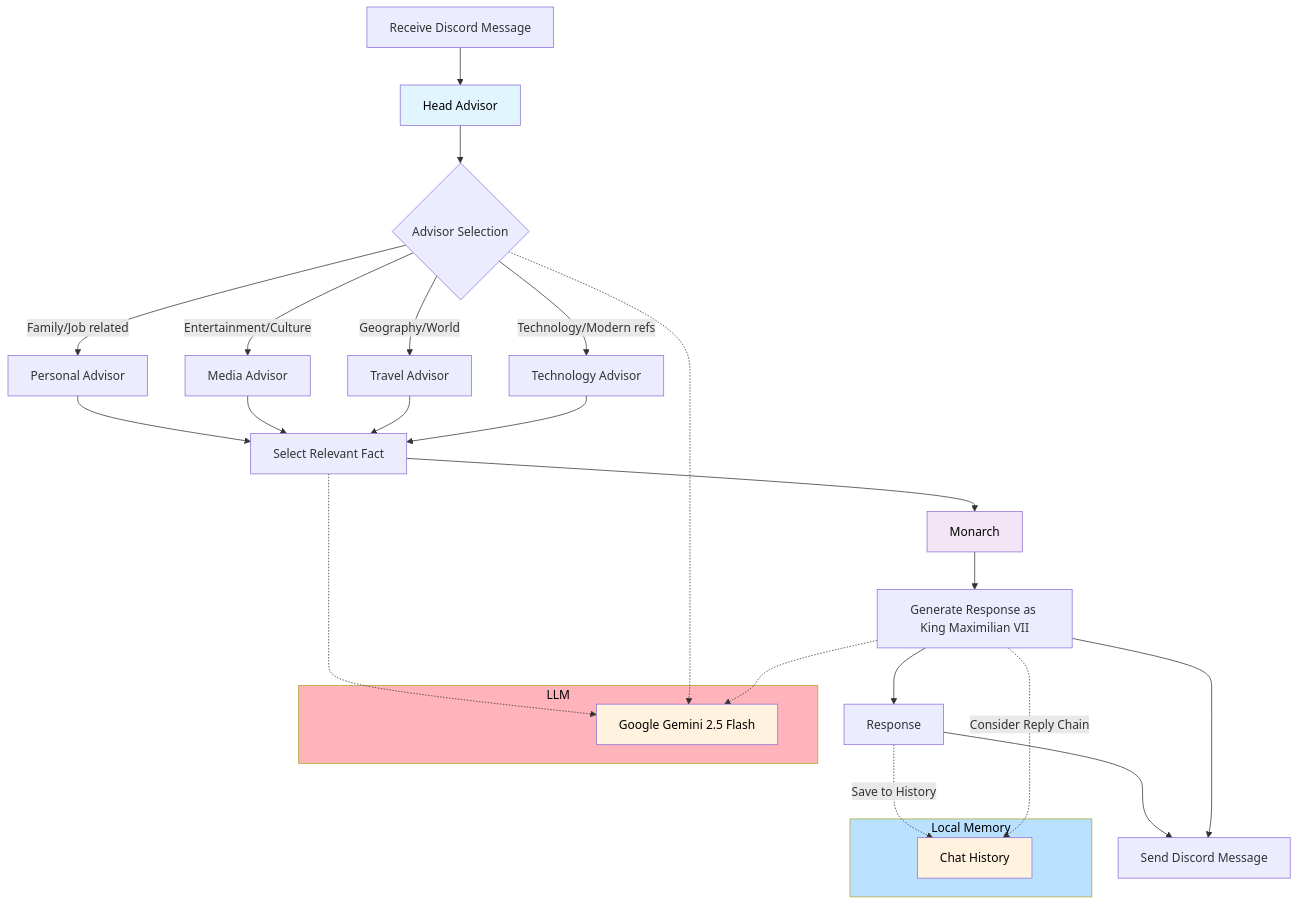
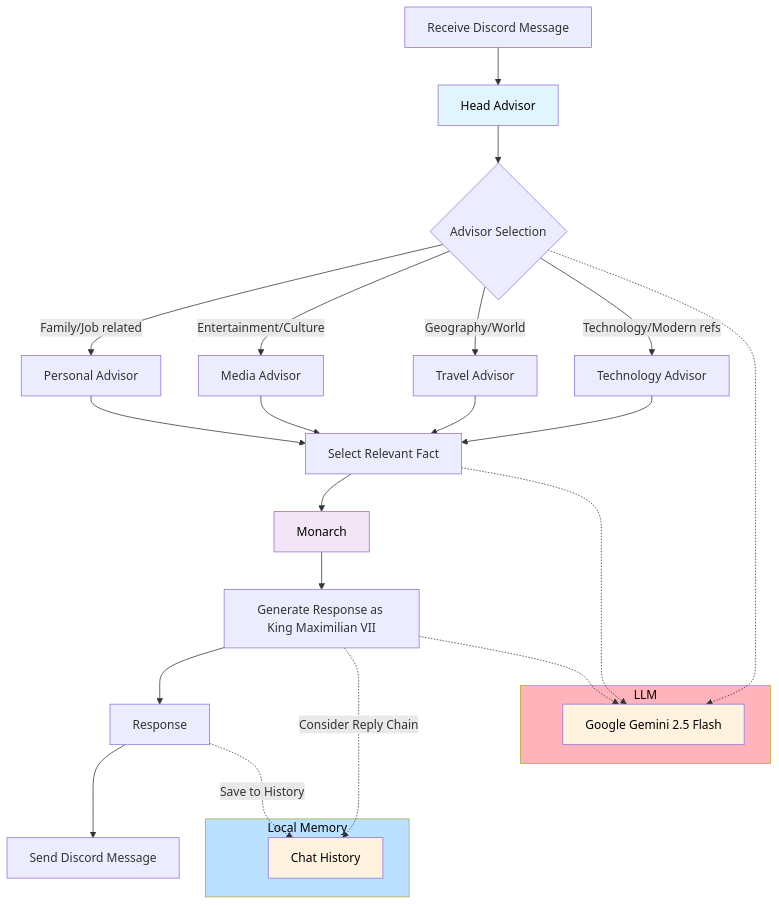
One commit to nvdutta/15th-Century-Monarch changed the diagram in README.md. Above: the diagram before and after it, drawn with Mermaid.

````diff
--- a/README.md
+++ b/README.md
@@ -50,44 +50,43 @@
 ```mermaid
 graph TD
     A[Receive Discord Message] --> B[Head Advisor]
     B --> C{Advisor Selection}
     
     C -->|Family/Job related| I[Personal Advisor]
     C -->|Entertainment/Culture| J[Media Advisor]
     C -->|Geography/World| K[Travel Advisor]
     C -->|Technology/Modern refs| L[Technology Advisor]
     
     I --> M[Select Relevant Fact]
     J --> M
     K --> M
     L --> M
     
     M --> R[Monarch]
 
     R --> S[Generate Response as King Maximilian VII]
     S --> Resp[Response]
-    Resp --> T
+    Resp --> T[Send Discord Message]
     Resp -.->|Save to History| U
-    S --> T[Send Discord Message]
     
     subgraph MM[Local Memory]
         U[Chat History]
     end
 
     S -.-> |Consider Reply Chain| U
     
     subgraph LLM[LLM]
         V[Google Gemini 2.5 Flash]
     end
     
     M -.-> V
     C -.-> V
     S -.-> V
     
     style B fill:#e1f5fe,color:#000000
     style R fill:#f3e5f5,color:#000000
     style V fill:#fff3e0,color:#000000
     style MM fill:#bae1ff, color:#000000
     style LLM fill:#ffb3ba, color:#000000
     style U fill:#fff3e0,color:#000000
 ```
````
